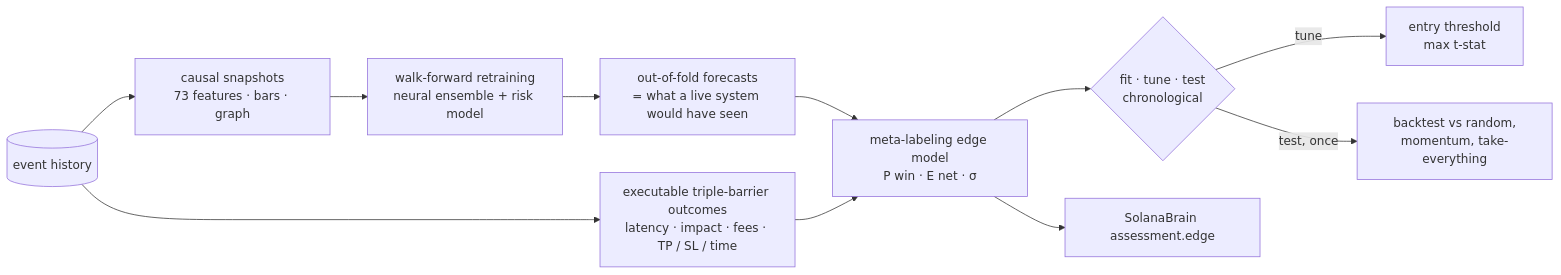
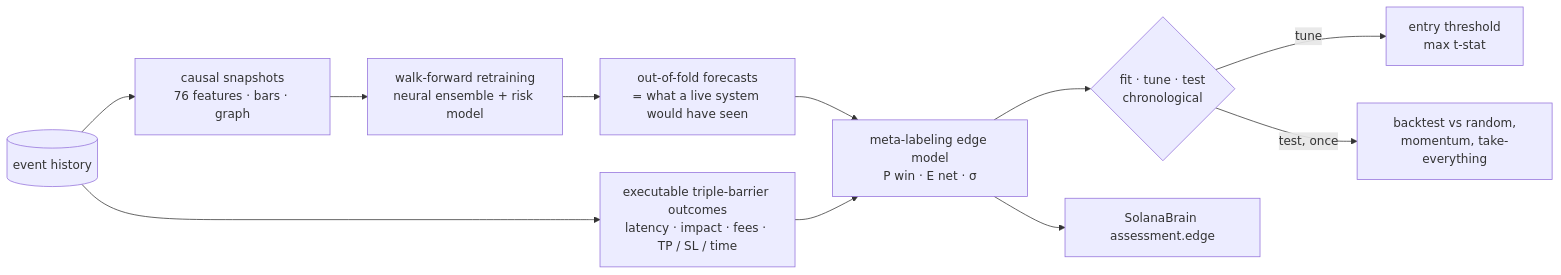
The diagram in docs/EDGE.md (paloaltovisitor57-cloud/Machines-learning-at-full-speed), drawn with Mermaid before and after one commit. The commit also changed other lines of this file and 13 other files, not shown here.

````diff
--- a/docs/EDGE.md
+++ b/docs/EDGE.md
@@ -8,12 +8,12 @@
 ```mermaid
 flowchart LR
-    H[(event history)] --> DS[causal snapshots<br/>73 features · bars · graph]
+    H[(event history)] --> DS[causal snapshots<br/>76 features · bars · graph]
     H --> TB[executable triple-barrier outcomes<br/>latency · impact · fees · TP / SL / time]
     DS --> WF[walk-forward retraining<br/>neural ensemble + risk model]
     WF --> OOF[out-of-fold forecasts<br/>= what a live system would have seen]
     OOF & TB --> META[meta-labeling edge model<br/>P win · E net · σ]
     META --> SPLIT{fit · tune · test<br/>chronological}
     SPLIT -->|tune| THR[entry threshold<br/>max t-stat]
     SPLIT -->|test, once| BT[backtest vs random,<br/>momentum, take-everything]
     META --> LIVE[SolanaBrain assessment.edge]
 ```
````
